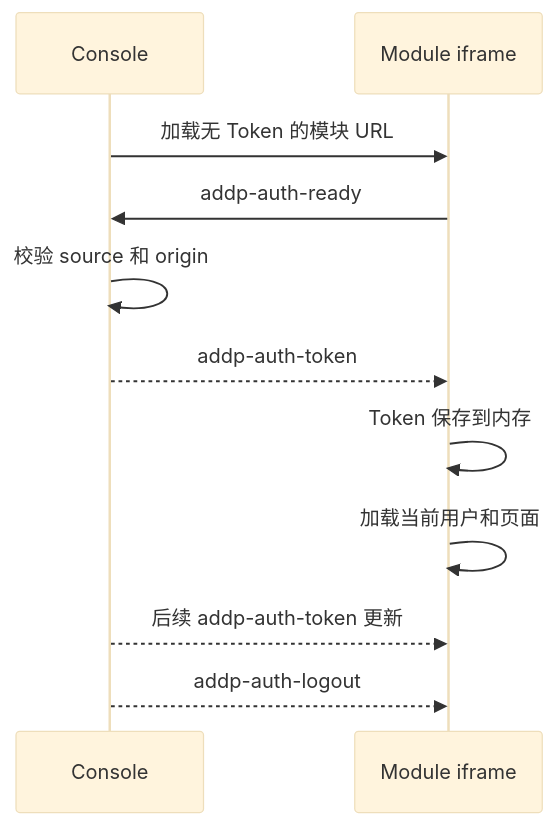
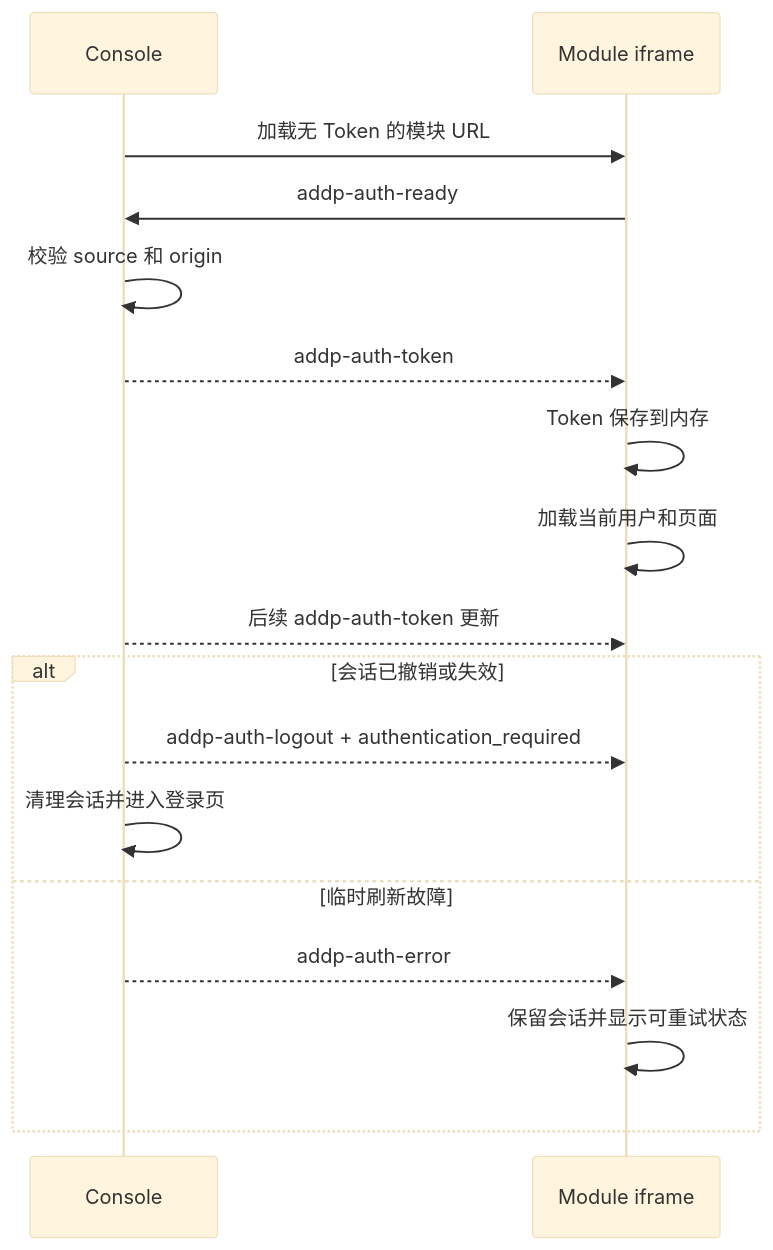
One commit to pampa0629/addp changed the fourth of 4 diagrams in docs/concepts/addp登录认证的原理说明.md. Above: the diagram before and after it, drawn with Mermaid (base theme). The commit also changed other lines of this file and 201 other files, not shown here.

````diff
--- a/docs/concepts/addp登录认证的原理说明.md
+++ b/docs/concepts/addp登录认证的原理说明.md
@@ -114,14 +116,20 @@
 ```mermaid
 sequenceDiagram
     participant C as Console
     participant I as Module iframe
 
     C->>I: 加载无 Token 的模块 URL
     I->>C: addp-auth-ready
     C->>C: 校验 source 和 origin
     C-->>I: addp-auth-token
     I->>I: Token 保存到内存
     I->>I: 加载当前用户和页面
     C-->>I: 后续 addp-auth-token 更新
-    C-->>I: addp-auth-logout
+    alt 会话已撤销或失效
+        C-->>I: addp-auth-logout + authentication_required
+        C->>C: 清理会话并进入登录页
+    else 临时刷新故障
+        C-->>I: addp-auth-error
+        I->>I: 保留会话并显示可重试状态
+    end
 ```
````
